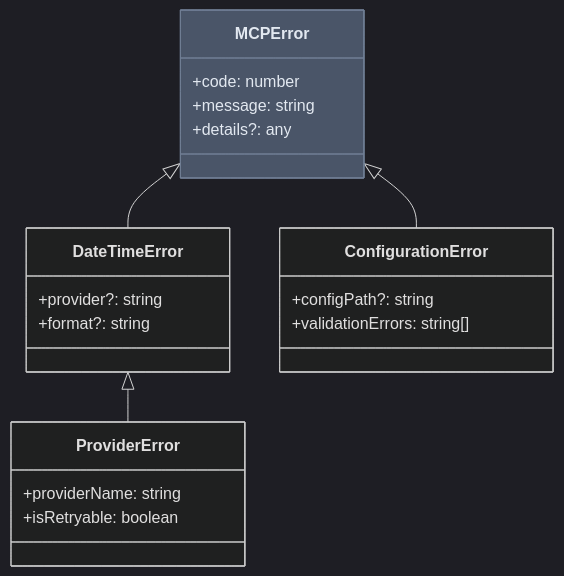
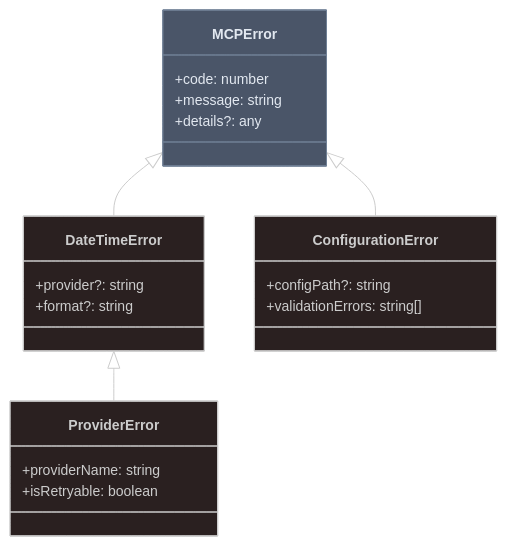
One commit to biswajitpanday/CurrentDT-mcp changed the fourth of 7 diagrams in docs/Architecture.md. Above: the diagram before and after it, drawn with Mermaid. The commit also changed other lines of this file and 9 other files, not shown here.

Commit message:
Update Github repository URL, Blog content, Fix Diagrams.

````diff
--- a/docs/Architecture.md
+++ b/docs/Architecture.md
@@ -279,30 +286,30 @@
 ```mermaid
-%%{init: {'theme':'dark'}}%%
+%%{init: {'theme':'neo-dark'}}%%
 classDiagram
     class MCPError {
         +code: number
         +message: string
         +details?: any
     }
 
     class DateTimeError {
         +provider?: string
         +format?: string
     }
 
     class ProviderError {
         +providerName: string
         +isRetryable: boolean
     }
 
     class ConfigurationError {
         +configPath?: string
         +validationErrors: string[]
     }
 
     MCPError <|-- DateTimeError
     DateTimeError <|-- ProviderError
     MCPError <|-- ConfigurationError
 
     style MCPError fill:#4a5568,stroke:#718096,color:#e2e8f0
 ```
````
